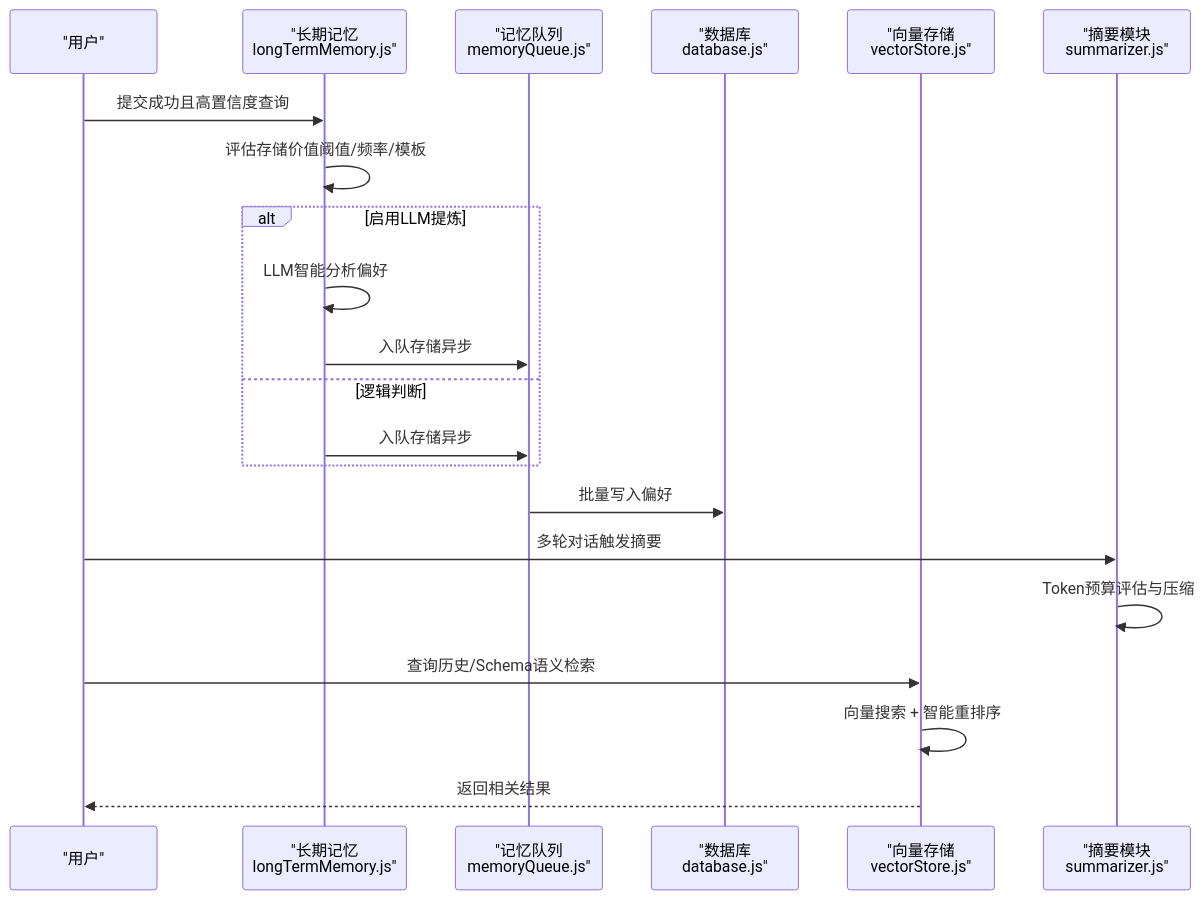
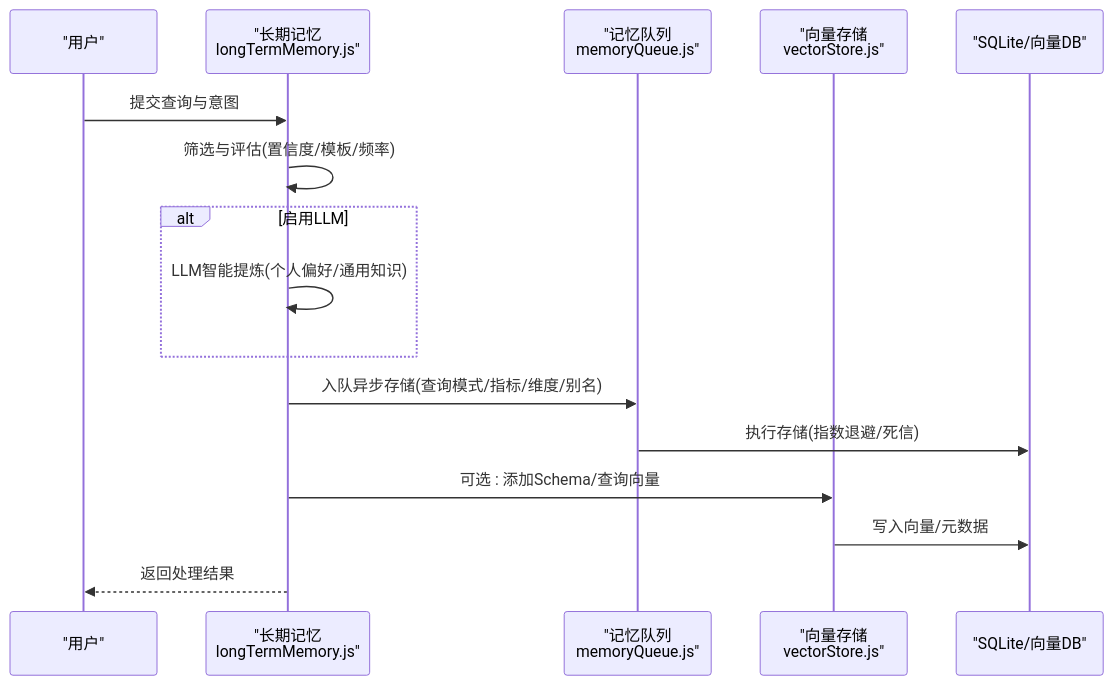
Before and after one commit to HanHuiOnLine/724-office: the second of 8 diagrams in NL2SQL/.qoder/repowiki/zh/content/记忆系统/记忆系统.md, drawn with Mermaid. The commit also changed other lines of this file and 203 other files, not shown here.

````diff
--- a/NL2SQL/.qoder/repowiki/zh/content/记忆系统/记忆系统.md
+++ b/NL2SQL/.qoder/repowiki/zh/content/记忆系统/记忆系统.md
@@ -115,23 +116,18 @@
 ```mermaid
 sequenceDiagram
 participant U as "用户"
 participant LTM as "长期记忆<br/>longTermMemory.js"
 participant MQ as "记忆队列<br/>memoryQueue.js"
-participant DB as "数据库<br/>database.js"
 participant VS as "向量存储<br/>vectorStore.js"
-participant SUM as "摘要模块<br/>summarizer.js"
-U->>LTM : 提交成功且高置信度查询
-LTM->>LTM : 评估存储价值阈值/频率/模板
-alt 启用LLM提炼
-LTM->>LTM : LLM智能分析偏好
-LTM->>MQ : 入队存储异步
-else 逻辑判断
-LTM->>MQ : 入队存储异步
+participant DB as "SQLite/向量DB"
+U->>LTM : 提交查询与意图
+LTM->>LTM : 筛选与评估(置信度/模板/频率)
+alt 启用LLM
+LTM->>LTM : LLM智能提炼(个人偏好/通用知识)
 end
-MQ->>DB : 批量写入偏好
-U->>SUM : 多轮对话触发摘要
-SUM->>SUM : Token预算评估与压缩
-U->>VS : 查询历史/Schema语义检索
-VS->>VS : 向量搜索 + 智能重排序
-VS-->>U : 返回相关结果
+LTM->>MQ : 入队异步存储(查询模式/指标/维度/别名)
+MQ->>DB : 执行存储(指数退避/死信)
+LTM->>VS : 可选 : 添加Schema/查询向量
+VS->>DB : 写入向量/元数据
+LTM-->>U : 返回处理结果
 ```
````
